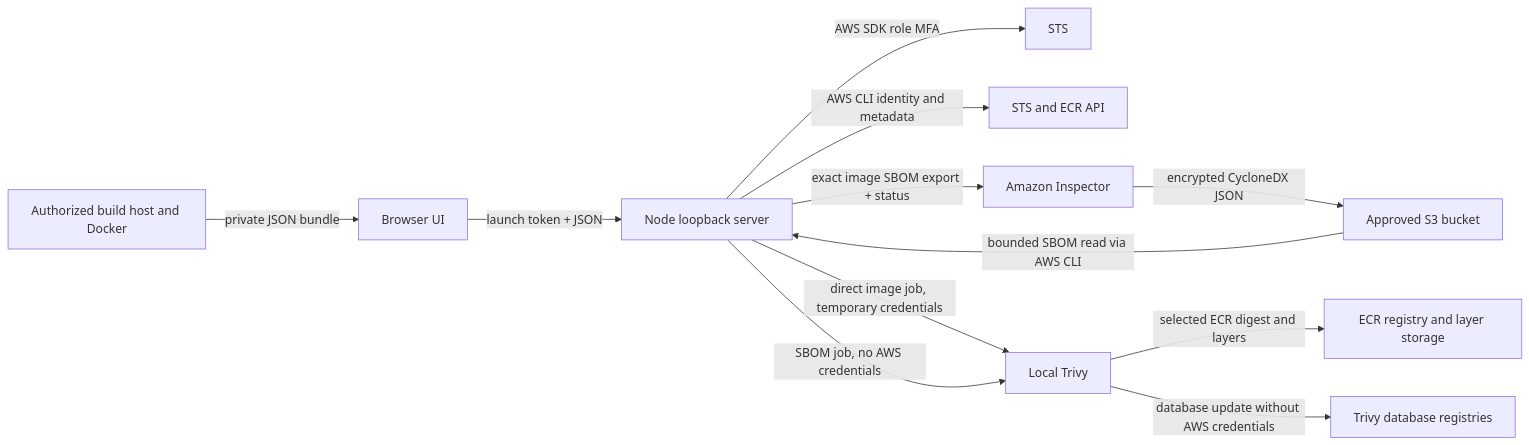
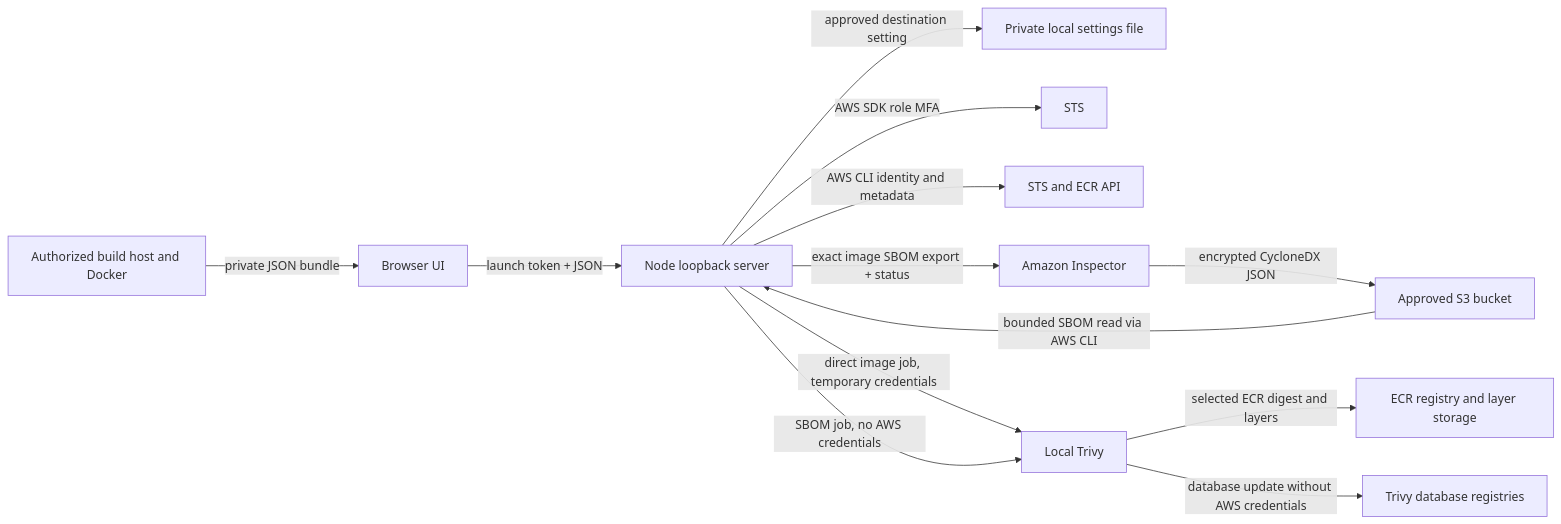
Before and after one commit to jaysonguglietta/ECRSentinel: the diagram in docs/ARCHITECTURE.md, drawn with Mermaid. The commit also changed other lines of this file and 15 other files, not shown here.

````diff
--- a/docs/ARCHITECTURE.md
+++ b/docs/ARCHITECTURE.md
@@ -7,14 +7,15 @@
 ```mermaid
 flowchart LR
   B[Browser UI] -->|launch token + JSON| N[Node loopback server]
+  N -->|approved destination setting| C[Private local settings file]
   N -->|AWS SDK role MFA| S[STS]
   N -->|AWS CLI identity and metadata| A[STS and ECR API]
   N -->|exact image SBOM export + status| I[Amazon Inspector]
   I -->|encrypted CycloneDX JSON| S3[Approved S3 bucket]
   S3 -->|bounded SBOM read via AWS CLI| N
   N -->|direct image job, temporary credentials| T[Local Trivy]
   T -->|selected ECR digest and layers| E[ECR registry and layer storage]
   T -->|database update without AWS credentials| D[Trivy database registries]
   H[Authorized build host and Docker] -->|private JSON bundle| B
   N -->|SBOM job, no AWS credentials| T
 ```
````
